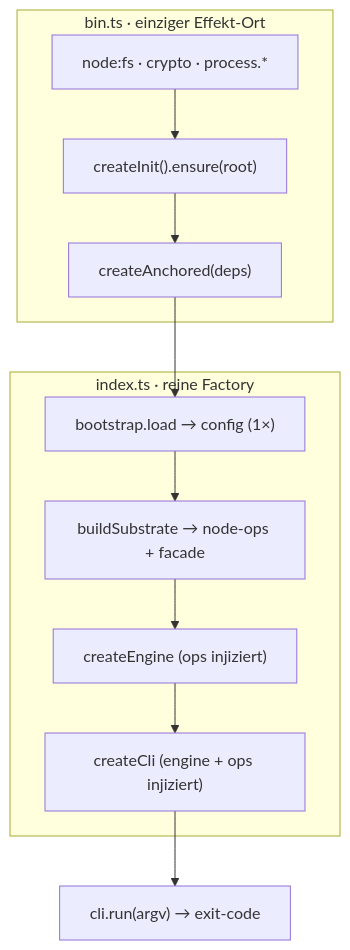
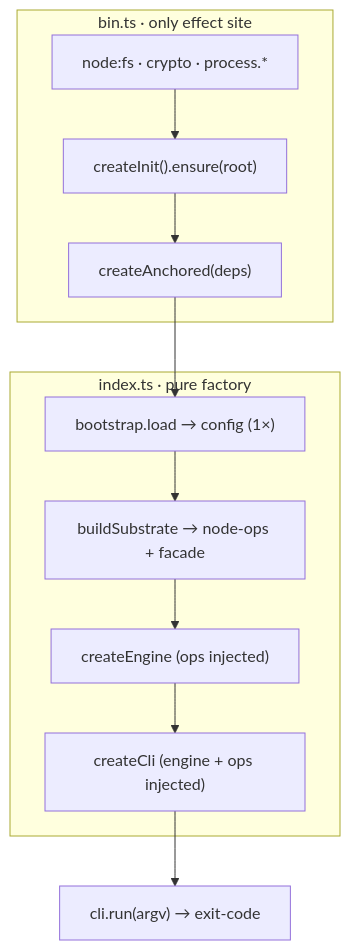
One commit to chafoo/anchored changed the diagram in docs/core/wiring.md. Above: the diagram before and after it, drawn with Mermaid. The commit also changed other lines of this file and 131 other files, not shown here.

````diff
--- a/docs/core/wiring.md
+++ b/docs/core/wiring.md
@@ -28,14 +28,14 @@
 ```mermaid
 flowchart TB
-    subgraph bin["bin.ts · einziger Effekt-Ort"]
+    subgraph bin["bin.ts · only effect site"]
         fx["node:fs · crypto · process.*"] --> init["createInit().ensure(root)"]
         init --> ca["createAnchored(deps)"]
     end
-    subgraph idx["index.ts · reine Factory"]
+    subgraph idx["index.ts · pure factory"]
         boot["bootstrap.load → config (1×)"] --> ops["buildSubstrate → node-ops + facade"]
-        ops --> eng["createEngine (ops injiziert)"]
-        eng --> cli["createCli (engine + ops injiziert)"]
+        ops --> eng["createEngine (ops injected)"]
+        eng --> cli["createCli (engine + ops injected)"]
     end
     ca --> boot
     cli --> run["cli.run(argv) → exit-code"]
 ```
````
